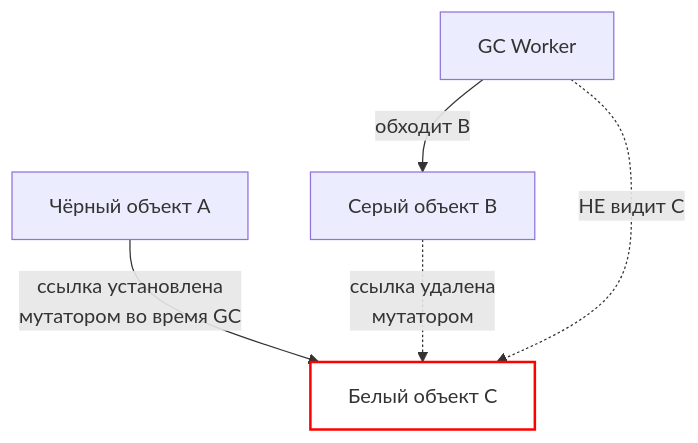
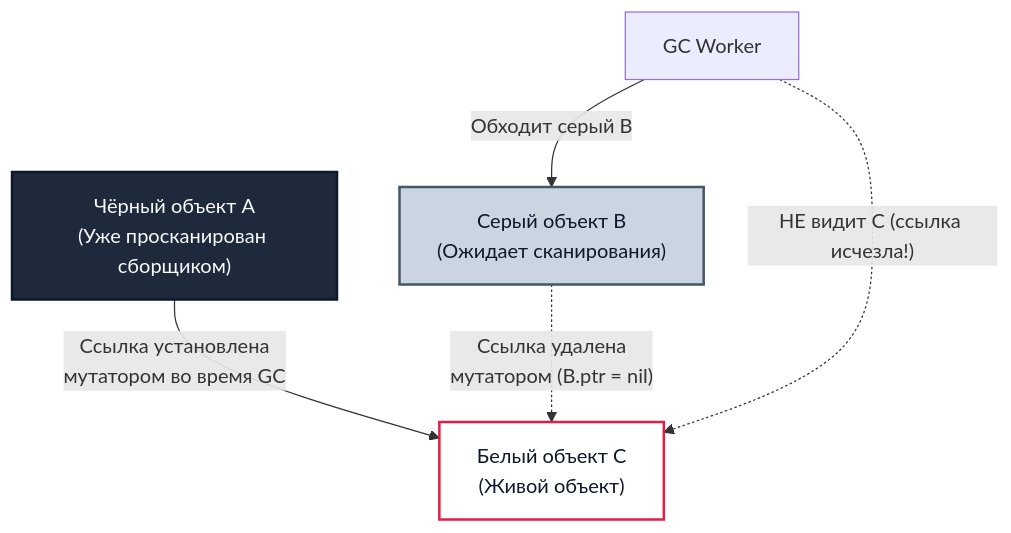
Before and after one commit to UnrealTemplier/go-textbook: the first of 2 diagrams in sources/16. Профилирование, отладка и производительность/05. Garbage Collector/5. Write barriers.md, drawn with Mermaid. The commit also changed other lines of this file, not shown here.

````diff
--- a/sources/16. Профилирование, отладка и производительность/05. Garbage Collector/5. Write barriers.md
+++ b/sources/16. Профилирование, отладка и производительность/05. Garbage Collector/5. Write barriers.md
@@ -19,8 +19,11 @@
 ```mermaid
 flowchart TD
-    A["Чёрный объект A"] -->|"ссылка установлена<br>мутатором во время GC"| C["Белый объект C"]
-    B["Серый объект B"] -.->|"ссылка удалена<br>мутатором"| C
-    GC["GC Worker"] -->|"обходит B"| B
-    GC -.->|"НЕ видит C"| C
-    style C fill:#fff,stroke:#f00,stroke-width:2px
+    A["Чёрный объект A<br>(Уже просканирован сборщиком)"] -->|"Ссылка установлена<br>мутатором во время GC"| C["Белый объект C<br>(Живой объект)"]
+    B["Серый объект B<br>(Ожидает сканирования)"] -.->|"Ссылка удалена<br>мутатором (B.ptr = nil)"| C
+    GC["GC Worker"] -->|"Обходит серый B"| B
+    GC -.->|"НЕ видит C (ссылка исчезла!)"| C
+    
+    style C fill:#ffffff,stroke:#e11d48,stroke-width:2px,color:#0f172a
+    style A fill:#1e293b,stroke:#0f172a,stroke-width:2px,color:#f8fafc
+    style B fill:#cbd5e1,stroke:#475569,stroke-width:2px,color:#0f172a
 ```
````
